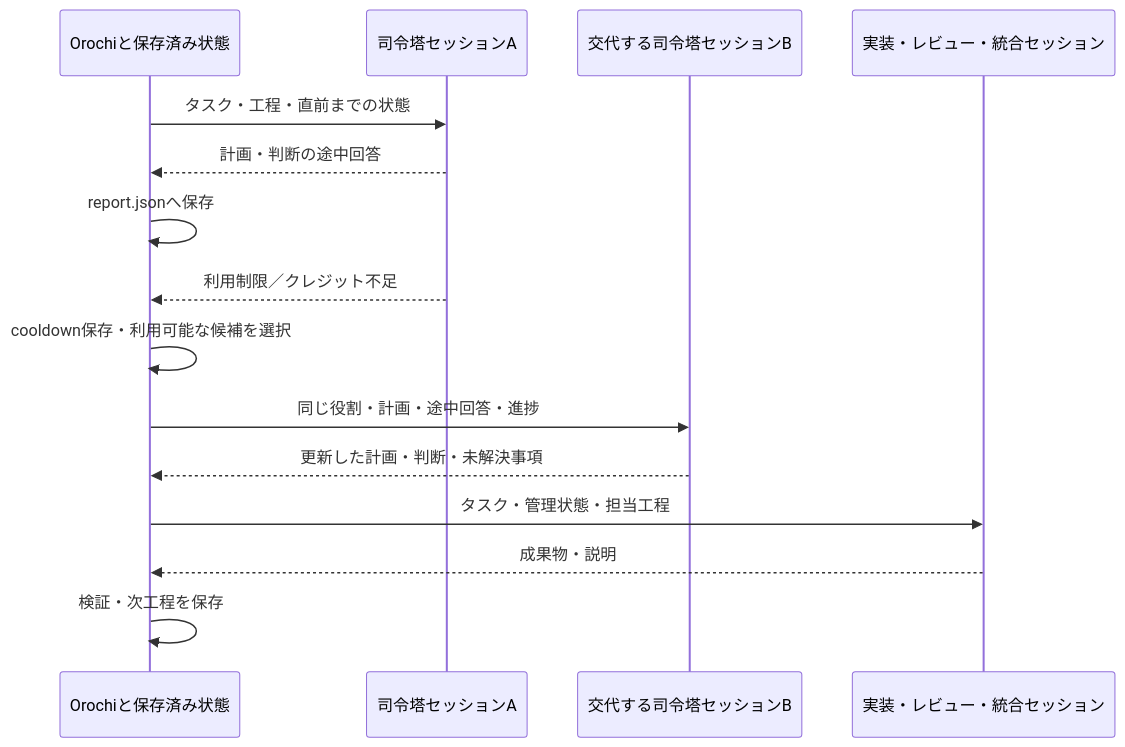
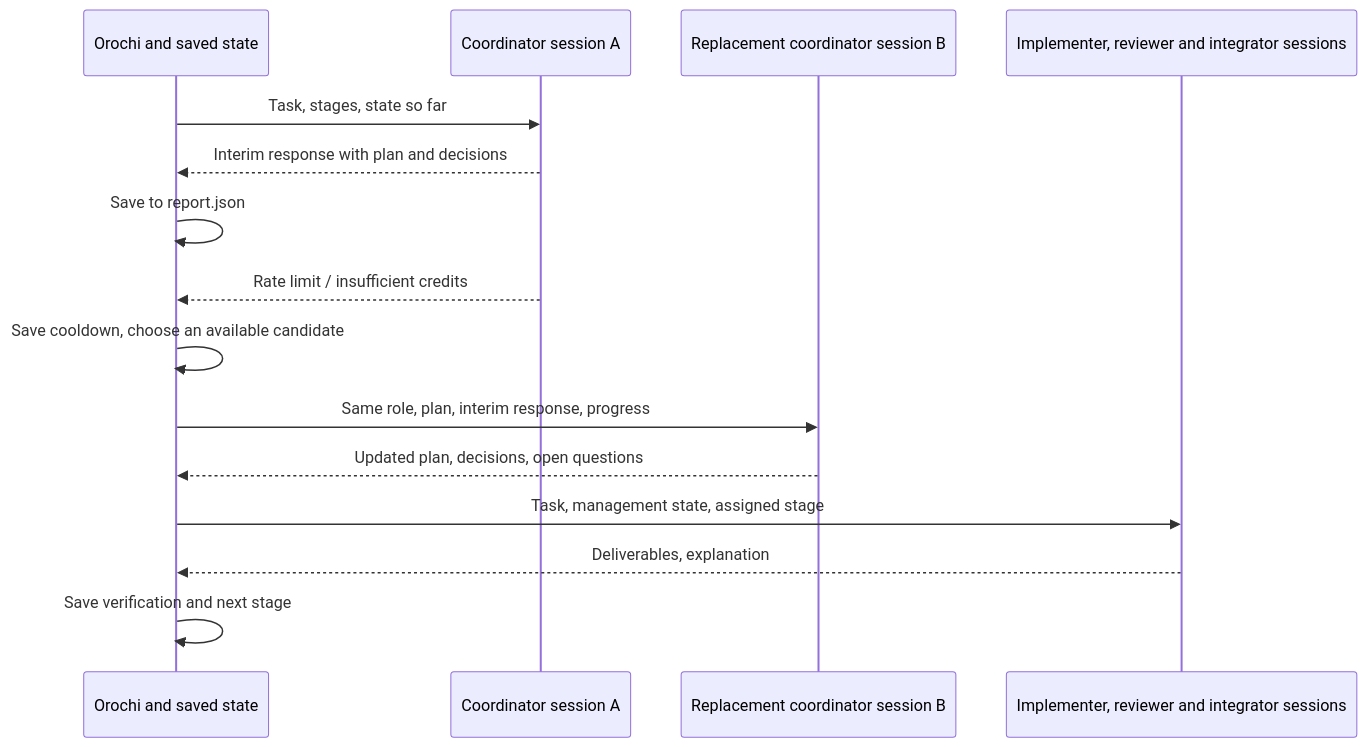
The diagram in docs/session-collaboration.md (MoonTechnica/orochi), drawn with Mermaid before and after one commit. The commit also changed other lines of this file and 10 other files, not shown here.

````diff
--- a/docs/session-collaboration.md
+++ b/docs/session-collaboration.md
@@ -9,17 +9,17 @@
 ```mermaid
 sequenceDiagram
-    participant O as Orochiと保存済み状態
-    participant M as 司令塔セッションA
-    participant N as 交代する司令塔セッションB
-    participant W as 実装・レビュー・統合セッション
-    O->>M: タスク・工程・直前までの状態
-    M-->>O: 計画・判断の途中回答
-    O->>O: report.jsonへ保存
-    M-->>O: 利用制限／クレジット不足
-    O->>O: cooldown保存・利用可能な候補を選択
-    O->>N: 同じ役割・計画・途中回答・進捗
-    N-->>O: 更新した計画・判断・未解決事項
-    O->>W: タスク・管理状態・担当工程
-    W-->>O: 成果物・説明
-    O->>O: 検証・次工程を保存
+    participant O as Orochi and saved state
+    participant M as Coordinator session A
+    participant N as Replacement coordinator session B
+    participant W as Implementer, reviewer and integrator sessions
+    O->>M: Task, stages, state so far
+    M-->>O: Interim response with plan and decisions
+    O->>O: Save to report.json
+    M-->>O: Rate limit / insufficient credits
+    O->>O: Save cooldown, choose an available candidate
+    O->>N: Same role, plan, interim response, progress
+    N-->>O: Updated plan, decisions, open questions
+    O->>W: Task, management state, assigned stage
+    W-->>O: Deliverables, explanation
+    O->>O: Save verification and next stage
 ```
````
